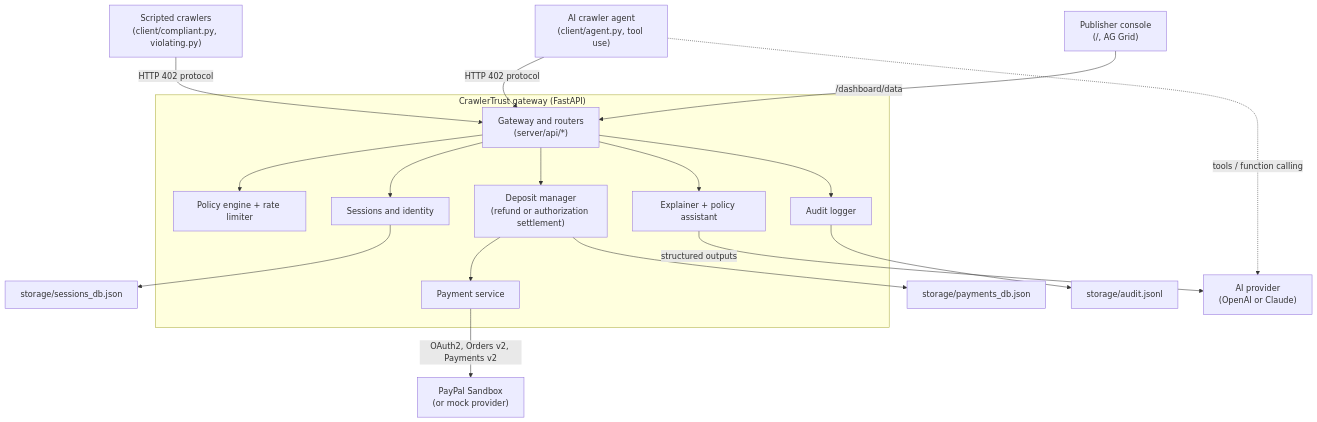
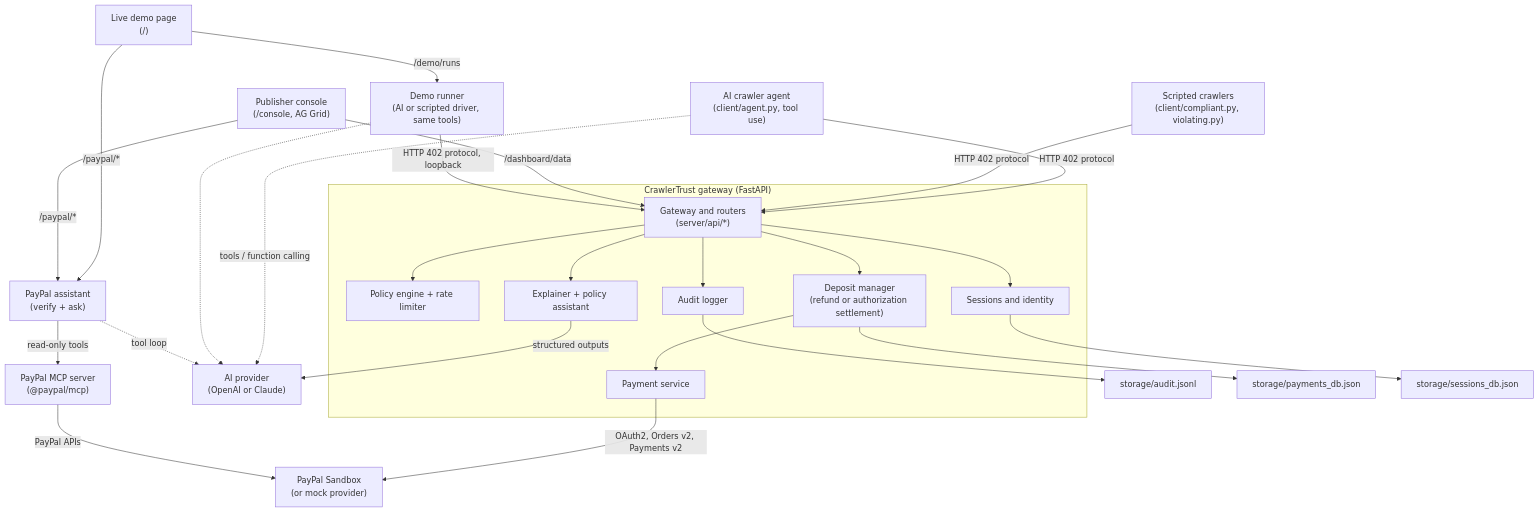
The first of 3 diagrams in README.md (sartech-labs/Paypal-hackathon-idea-1), drawn with Mermaid before and after one commit. The commit also changed other lines of this file and 11 other files, not shown here.

First line of the commit message:
chore: bundle PayPal's MCP server in Docker and document the web demo

````diff
--- a/README.md
+++ b/README.md
@@ -221,22 +266,30 @@
 ```mermaid
 flowchart TD
+    DEMO["Live demo page\n(/)"] -->|/demo/runs| RUN
     AGENT["AI crawler agent\n(client/agent.py, tool use)"] -->|HTTP 402 protocol| GW
     CLI["Scripted crawlers\n(client/compliant.py, violating.py)"] -->|HTTP 402 protocol| GW
-    PUB["Publisher console\n(/, AG Grid)"] -->|/dashboard/data| GW
+    PUB["Publisher console\n(/console, AG Grid)"] -->|/dashboard/data| GW
     AGENT -.->|tools / function calling| LLM["AI provider\n(OpenAI or Claude)"]
+    RUN["Demo runner\n(AI or scripted driver, same tools)"] -->|HTTP 402 protocol, loopback| GW
+    RUN -.-> LLM
+    DEMO -->|/paypal/*| PA
+    PUB -->|/paypal/*| PA
 
     subgraph Gateway ["CrawlerTrust gateway (FastAPI)"]
         GW["Gateway and routers\n(server/api/*)"] --> PE["Policy engine + rate limiter"]
         GW --> SM["Sessions and identity"]
         GW --> DM["Deposit manager\n(refund or authorization settlement)"]
         GW --> EX["Explainer + policy assistant"]
         GW --> AL["Audit logger"]
         DM --> PS["Payment service"]
     end
 
     EX -->|structured outputs| LLM
     PS -->|OAuth2, Orders v2, Payments v2| PP["PayPal Sandbox\n(or mock provider)"]
+    PA["PayPal assistant\n(verify + ask)"] -->|read-only tools| MCP["PayPal MCP server\n(@paypal/mcp)"]
+    PA -.->|tool loop| LLM
+    MCP -->|PayPal APIs| PP
     AL --> LOG["storage/audit.jsonl"]
     DM --> PDB["storage/payments_db.json"]
     SM --> SDB["storage/sessions_db.json"]
 ```
````
